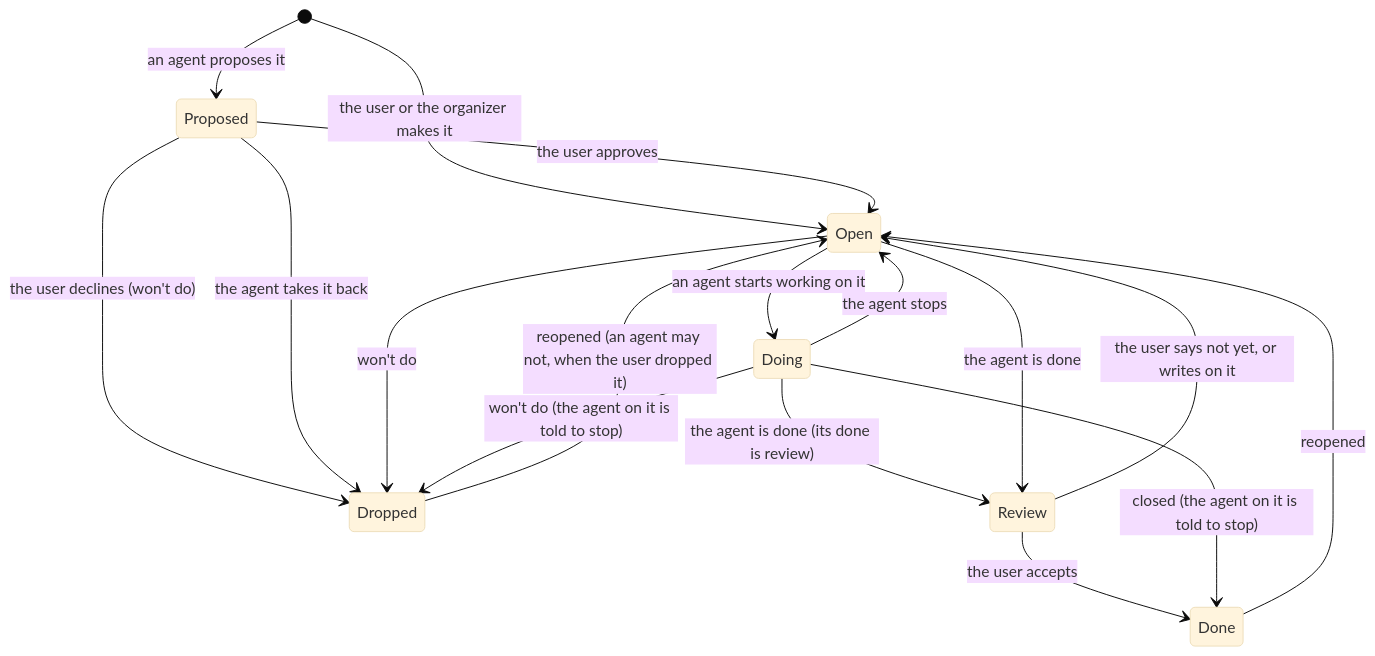
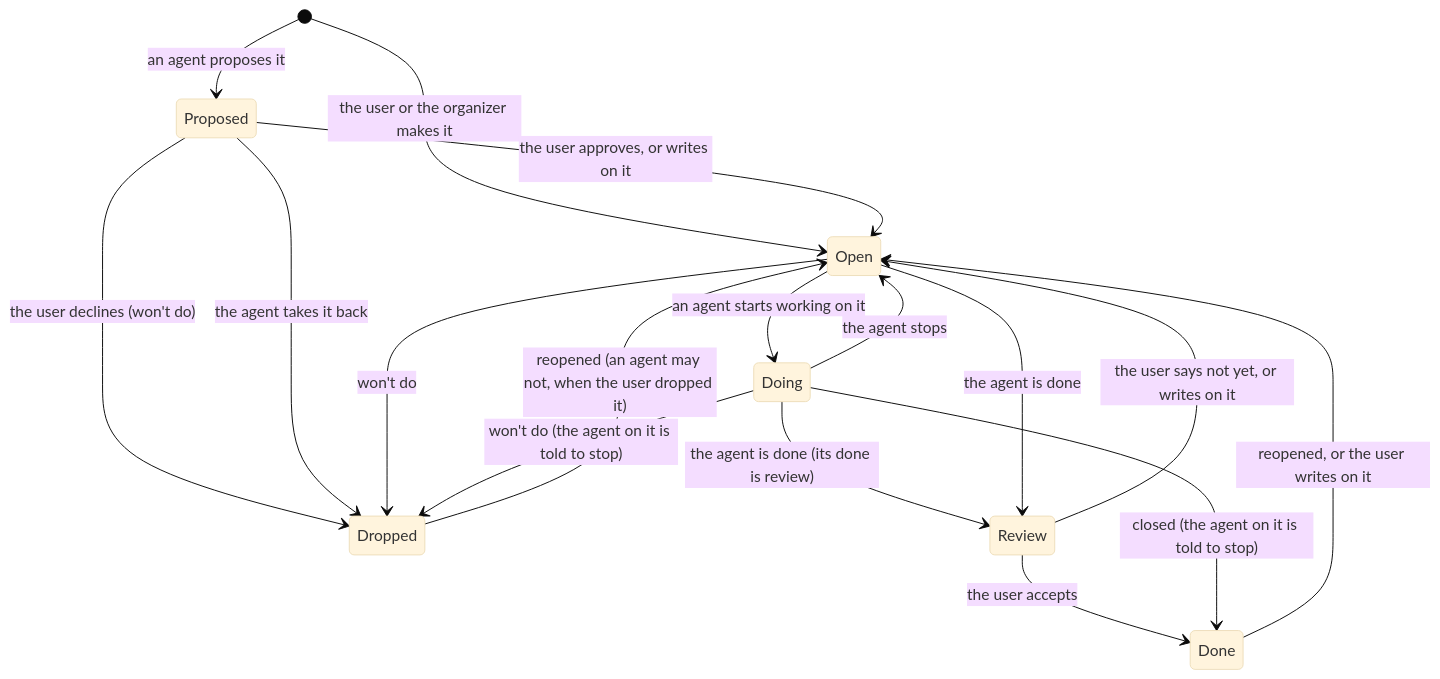
The diagram in docs/item-states.md (ralphite/taska), drawn with Mermaid (base theme) before and after one commit. The commit also changed other lines of this file and 4 other files, not shown here.

Commit message:
B818 r1401: the user's words on an agent's proposal approve it; the state table, its diagram and the tests say so

````diff
--- a/docs/item-states.md
+++ b/docs/item-states.md
@@ -13,19 +16,19 @@
 ```mermaid
 stateDiagram-v2
   [*] --> Proposed: an agent proposes it
   [*] --> Open: the user or the organizer makes it
-  Proposed --> Open: the user approves
+  Proposed --> Open: the user approves, or writes on it
   Proposed --> Dropped: the user declines (won't do)
   Proposed --> Dropped: the agent takes it back
   Open --> Doing: an agent starts working on it
   Doing --> Open: the agent stops
   Doing --> Review: the agent is done (its done is review)
   Open --> Review: the agent is done
   Review --> Done: the user accepts
   Review --> Open: the user says not yet, or writes on it
   Open --> Dropped: won't do
   Doing --> Dropped: won't do (the agent on it is told to stop)
   Doing --> Done: closed (the agent on it is told to stop)
-  Done --> Open: reopened
+  Done --> Open: reopened, or the user writes on it
   Dropped --> Open: reopened (an agent may not, when the user dropped it)
 ```
````
